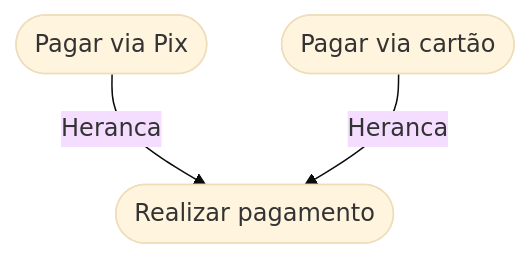
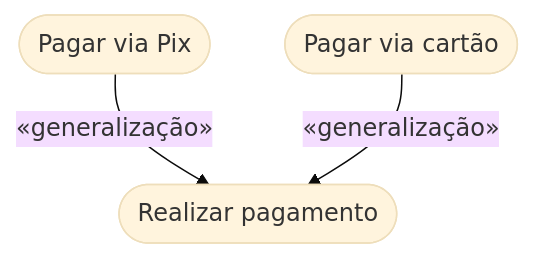
One commit to leorruas/puc changed the sixth of 11 diagrams in 07. Engenharia de Requisitos/08. Modelagem de requisitos com casos de uso e especificações textuais.md. Above: the diagram before and after it, drawn with Mermaid (base theme). The commit also changed other lines of this file, not shown here.

Commit message:
style(requisitos): aproximar casos de uso da notação uml

````diff
--- a/07. Engenharia de Requisitos/08. Modelagem de requisitos com casos de uso e especificações textuais.md
+++ b/07. Engenharia de Requisitos/08. Modelagem de requisitos com casos de uso e especificações textuais.md
@@ -151,5 +147,5 @@
 ```mermaid
 flowchart TD
-    Pix(["Pagar via Pix"]) -->|Heranca| Pai(["Realizar pagamento"])
-    Cartao(["Pagar via cartão"]) -->|Heranca| Pai
+    Pix(["Pagar via Pix"]):::component -->|"«generalização»"| Pai(["Realizar pagamento"]):::core
+    Cartao(["Pagar via cartão"]):::component -->|"«generalização»"| Pai
 ```
````
